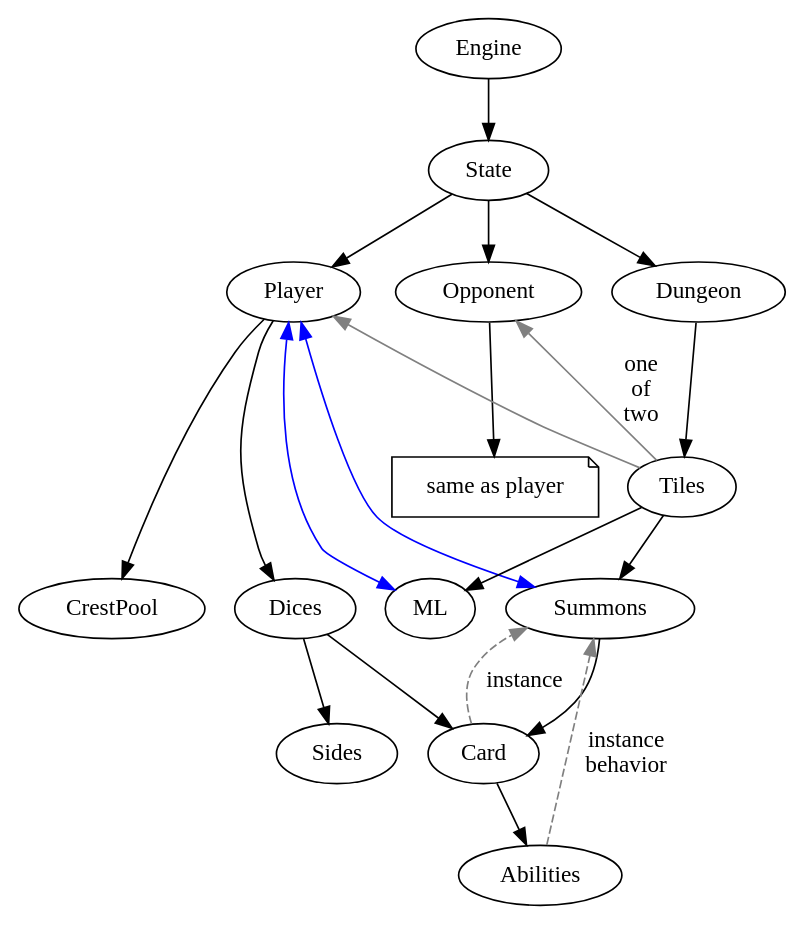
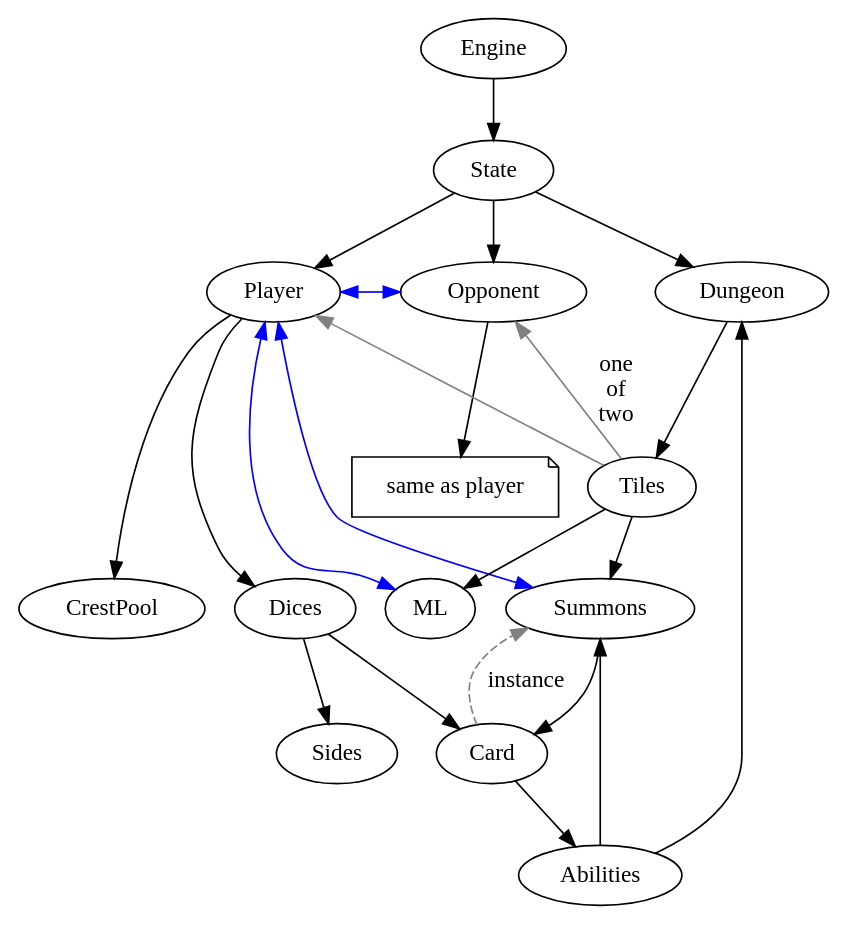
Before and after one commit to francocurotto/DDMre: the diagram in images/diagrams/engine.dot, drawn with Graphviz. The commit also changed 7 other files, not shown here.

Commit message:
before adding new references: player->opponent, ability->summon, ability->dungeon

```diff
--- a/images/diagrams/engine.dot
+++ b/images/diagrams/engine.dot
@@ -1,21 +1,23 @@
 digraph "engine" {
     ordering="out"
     Engine -> State
     State  -> {Player, Opponent, Dungeon}
     {rank = same; Player, Opponent, Dungeon}
     Player -> {CrestPool, Dices}
-    Player -> {ML, Summons} [dir=both, color=blue]
+    Player -> {ML, Summons, Opponent} [dir=both, color=blue]
     {rank = same; Dices, CrestPool, ML, Summons}
     Dices -> {Card, Sides}
     Card -> Abilities
     Card -> Summons [color=gray, style=dashed, label="instance"]
-    Abilities -> Summons [color=gray, style=dashed, label="instance\nbehavior"]
+    //Abilities -> Summons [color=gray, style=dashed, label="instance\nbehavior"]
+    Abilities -> Summons
+    Abilities -> Dungeon
     Summons -> Card
     {node [shape=note] Same [label="same as player"]} 
     Opponent -> Same 
     Dungeon -> Tiles
     Tiles -> ML
     Tiles -> Summons
     Tiles -> Player [color=gray]
     Tiles -> Opponent[color=gray, label="one\nof\ntwo"]
 }
```
